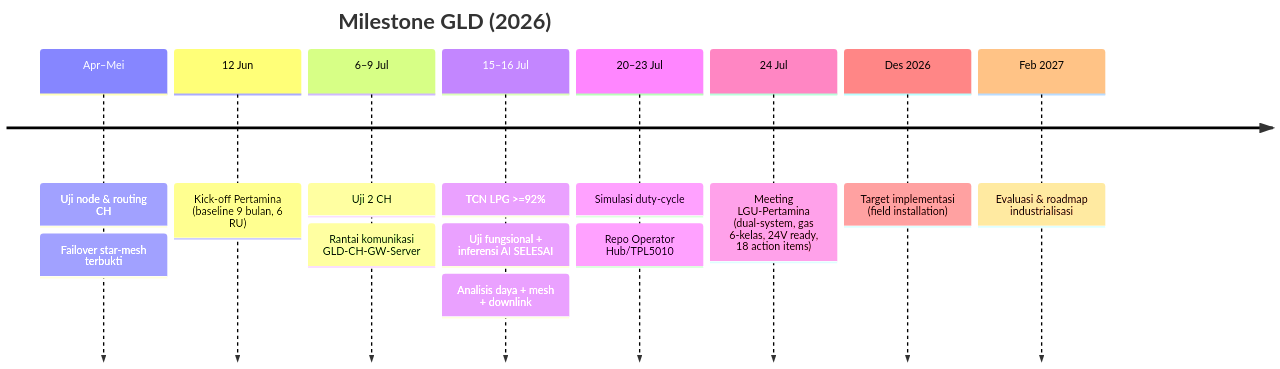
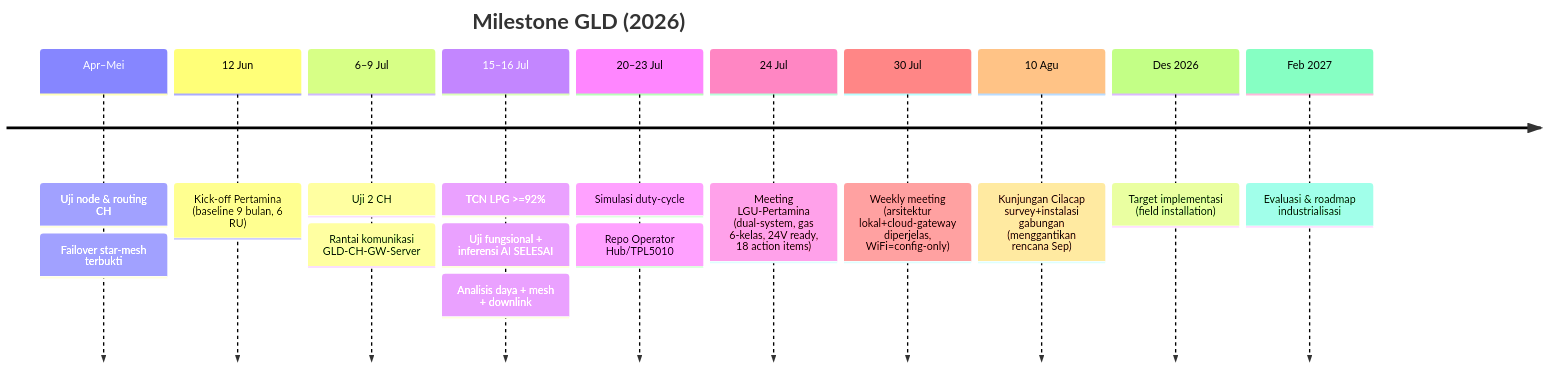
The fourth of 4 diagrams in memory/graph.md (RavellerH/GLD-V2-Report-2026), drawn with Mermaid before and after one commit. The commit also changed 17 other files, not shown here.

````diff
--- a/memory/graph.md
+++ b/memory/graph.md
@@ -96,12 +96,14 @@
 ```mermaid
 timeline
   title Milestone GLD (2026)
   Apr–Mei : Uji node & routing CH : Failover star-mesh terbukti
   12 Jun : Kick-off Pertamina (baseline 9 bulan, 6 RU)
   6–9 Jul : Uji 2 CH : Rantai komunikasi GLD-CH-GW-Server
   15–16 Jul : TCN LPG >=92% : Uji fungsional + inferensi AI SELESAI : Analisis daya + mesh + downlink
   20–23 Jul : Simulasi duty-cycle : Repo Operator Hub/TPL5010
   24 Jul : Meeting LGU-Pertamina (dual-system, gas 6-kelas, 24V ready, 18 action items)
+  30 Jul : Weekly meeting (arsitektur lokal+cloud-gateway diperjelas, WiFi=config-only)
+  10 Agu : Kunjungan Cilacap survey+instalasi gabungan (menggantikan rencana Sep)
   Des 2026 : Target implementasi (field installation)
   Feb 2027 : Evaluasi & roadmap industrialisasi
 ```
````
